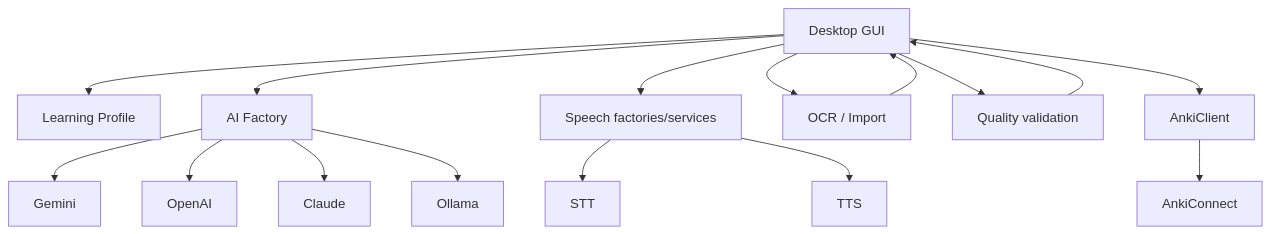
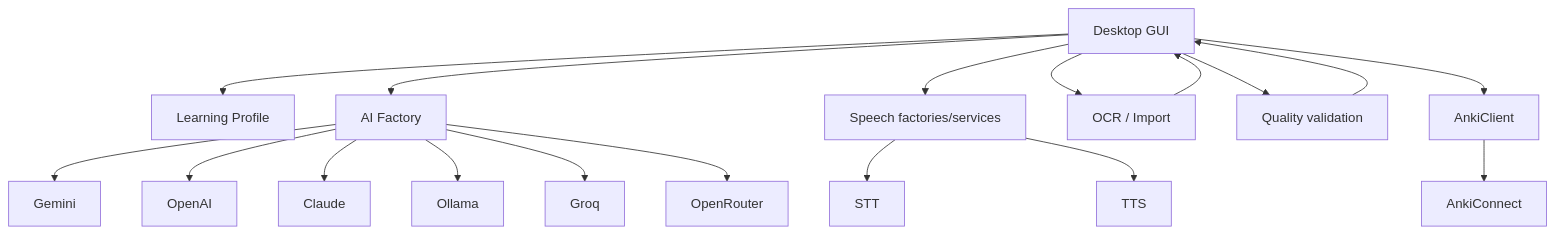
One commit to paulinap92/ai-anki-language-assistant changed the diagram in docs/developer-guide/architecture.md. Above: the diagram before and after it, drawn with Mermaid. The commit also changed other lines of this file, not shown here.

````diff
--- a/docs/developer-guide/architecture.md
+++ b/docs/developer-guide/architecture.md
@@ -25,21 +29,23 @@
 ```mermaid
 graph TD
     GUI[Desktop GUI] --> PROFILE[Learning Profile]
     GUI --> AIF[AI Factory]
     AIF --> GEMINI[Gemini]
     AIF --> OPENAI[OpenAI]
     AIF --> CLAUDE[Claude]
     AIF --> OLLAMA[Ollama]
+    AIF --> GROQ[Groq]
+    AIF --> OPENROUTER[OpenRouter]
 
     GUI --> SPEECH[Speech factories/services]
     SPEECH --> STT[STT]
     SPEECH --> TTS[TTS]
 
     GUI --> IMPORT[OCR / Import]
     GUI --> QUALITY[Quality validation]
     GUI --> ANKI[AnkiClient]
     ANKI --> CONNECT[AnkiConnect]
 
     IMPORT --> GUI
     QUALITY --> GUI
 ```
````
